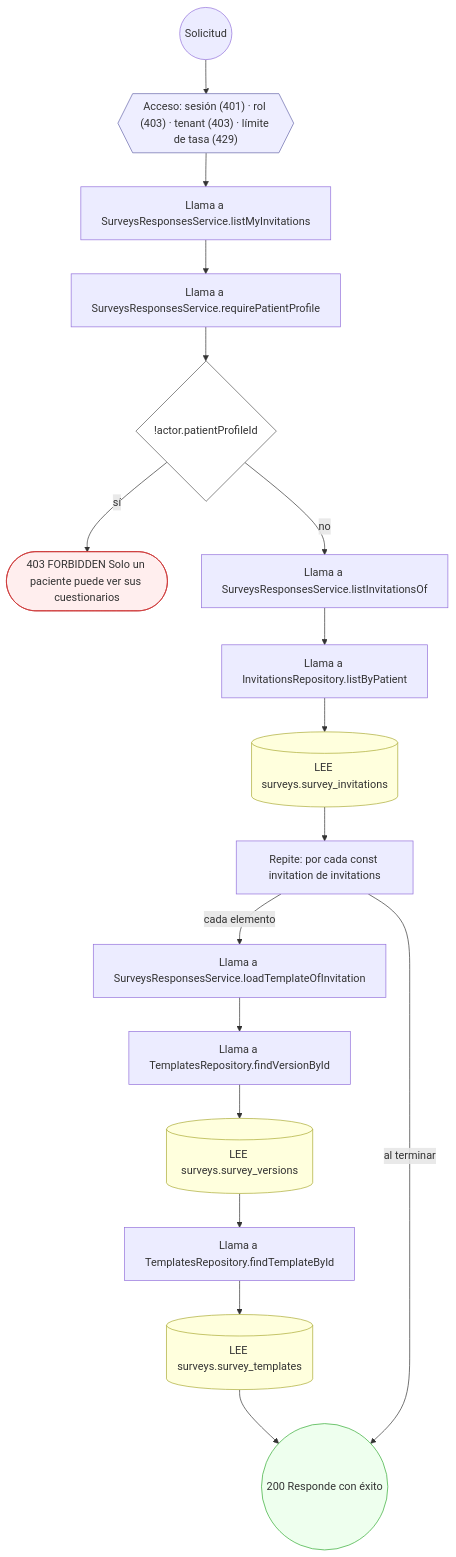
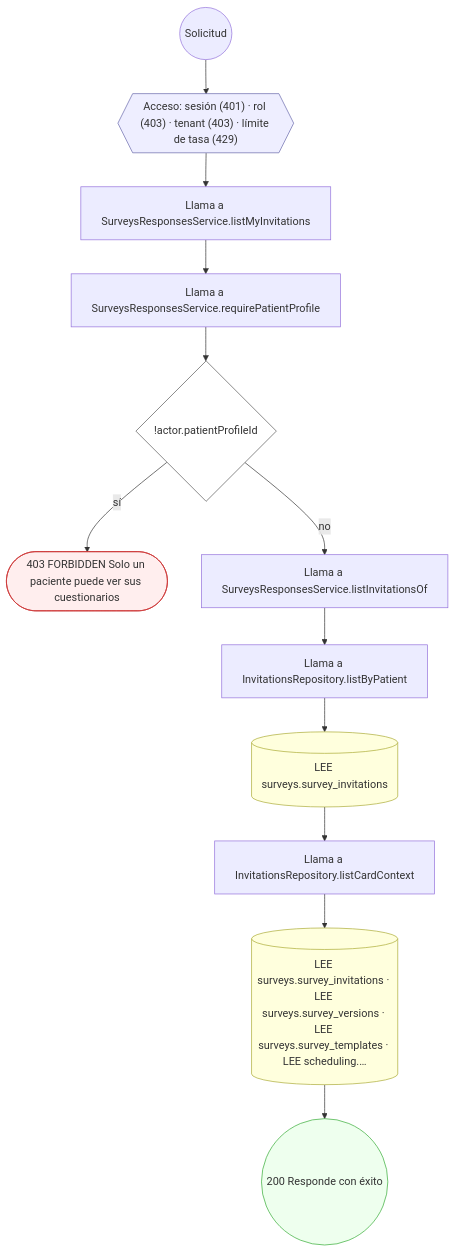
The fifth of 19 diagrams in docs/inventario/flujos/surveys.md (mdavila-2001/mantra-core-health-api), drawn with Mermaid before and after one commit. The commit also changed other lines of this file and 25 other files, not shown here.

````diff
--- a/docs/inventario/flujos/surveys.md
+++ b/docs/inventario/flujos/surveys.md
@@ -588,41 +598,32 @@
 ```mermaid
 flowchart TD
   n1(("Solicitud")):::inicio
   n2{{"Acceso: sesión (401) · rol (403) · tenant (403) · límite de tasa (429)"}}:::acceso
   n1 --> n2
   n3["Llama a SurveysResponsesService.listMyInvitations"]:::llamada
   n2 --> n3
   n4["Llama a SurveysResponsesService.requirePatientProfile"]:::llamada
   n3 --> n4
   n5{"!actor.patientProfileId"}:::decision
   n4 --> n5
   n6(["403 FORBIDDEN Solo un paciente puede ver sus cuestionarios"]):::error
   n5 -->|"sí"| n6
   n7["Llama a SurveysResponsesService.listInvitationsOf"]:::llamada
   n5 -->|"no"| n7
   n8["Llama a InvitationsRepository.listByPatient"]:::llamada
   n7 --> n8
   n9[("LEE surveys.survey_invitations")]:::efecto
   n8 --> n9
-  n10["Repite: por cada const invitation de invitations"]:::bucle
+  n10["Llama a InvitationsRepository.listCardContext"]:::llamada
   n9 --> n10
-  n11["Llama a SurveysResponsesService.loadTemplateOfInvitation"]:::llamada
-  n10 -->|"cada elemento"| n11
-  n12["Llama a TemplatesRepository.findVersionById"]:::llamada
+  n11[("LEE surveys.survey_invitations · LEE surveys.survey_versions · LEE surveys.survey_templates · LEE scheduling.…")]:::efecto
+  n10 --> n11
+  n12(("200 Responde con éxito")):::ok
   n11 --> n12
-  n13[("LEE surveys.survey_versions")]:::efecto
-  n12 --> n13
-  n14["Llama a TemplatesRepository.findTemplateById"]:::llamada
-  n13 --> n14
-  n15[("LEE surveys.survey_templates")]:::efecto
-  n14 --> n15
-  n16(("200 Responde con éxito")):::ok
-  n15 --> n16
-  n10 -->|"al terminar"| n16
   classDef acceso fill:#eef,stroke:#66a
   classDef error fill:#fee,stroke:#c33
   classDef ok fill:#efe,stroke:#3a3
   classDef efecto fill:#ffd,stroke:#aa3
   classDef decision fill:#fff,stroke:#555
   classDef corte fill:#eee,stroke:#999,stroke-dasharray: 4
 ```
````
